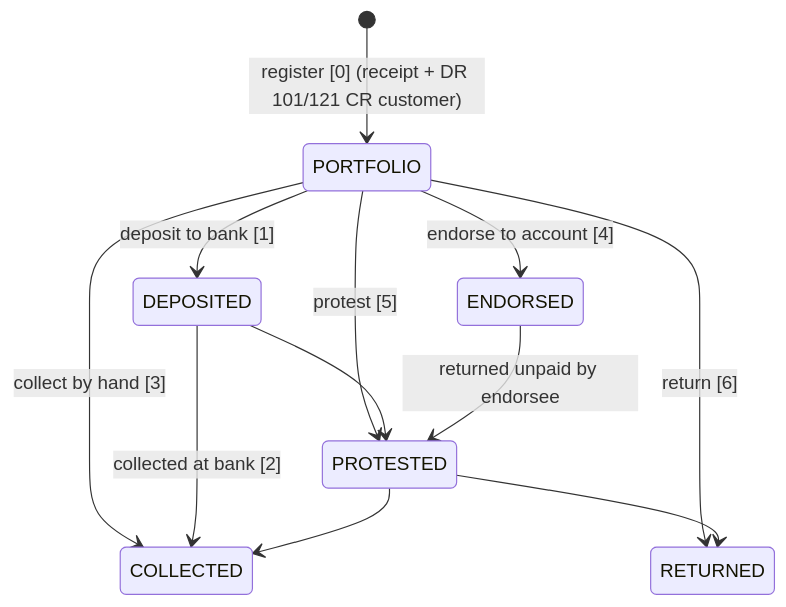
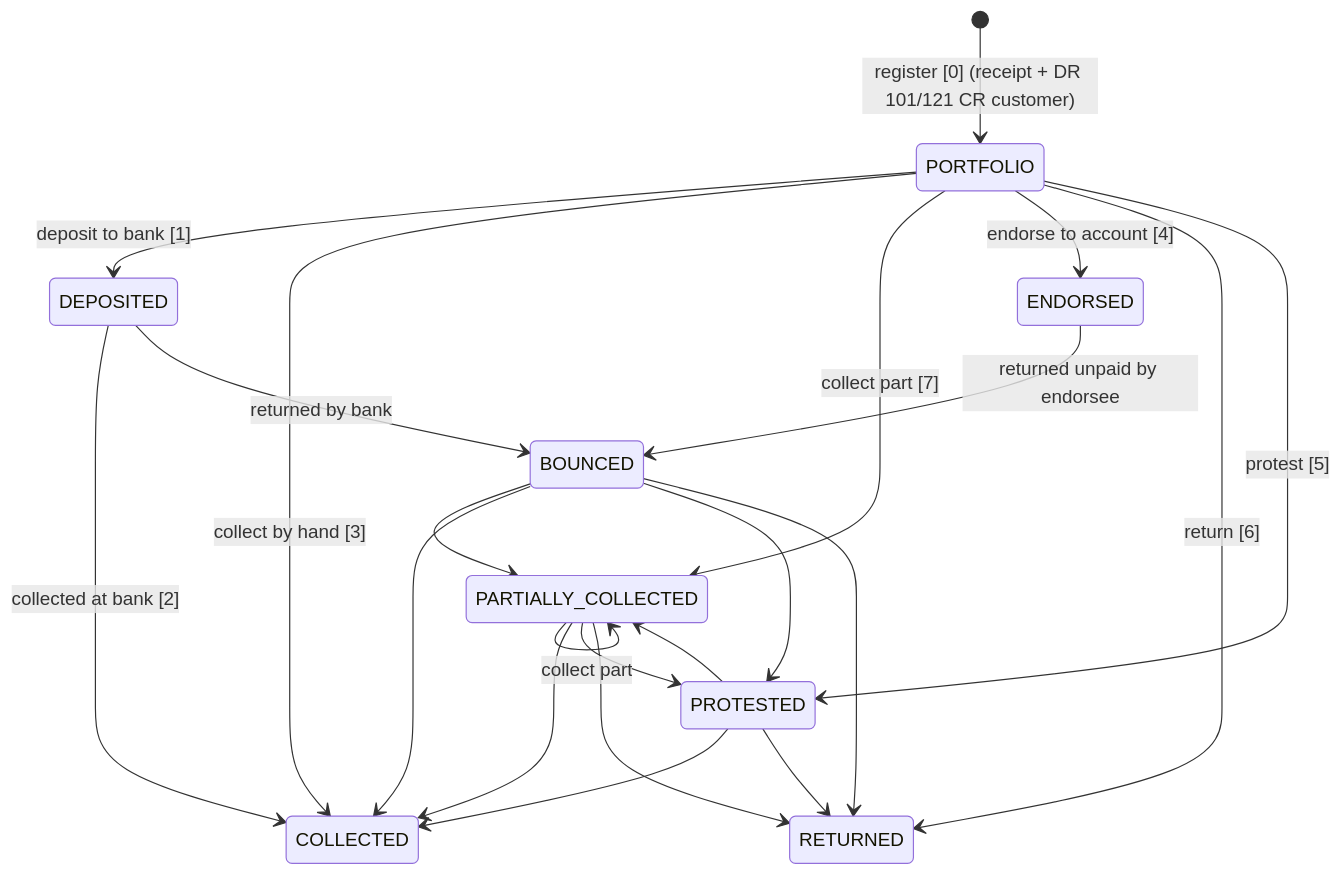
Before and after one commit to fpirim/fikopar: the third of 3 diagrams in docs/domain-model.md, drawn with Mermaid. The commit also changed other lines of this file and 1 other file, not shown here.

````diff
--- a/docs/domain-model.md
+++ b/docs/domain-model.md
@@ -123,14 +139,24 @@
 ```mermaid
 stateDiagram-v2
   [*] --> PORTFOLIO: register [0] (receipt + DR 101/121 CR customer)
   PORTFOLIO --> DEPOSITED: deposit to bank [1]
   PORTFOLIO --> COLLECTED: collect by hand [3]
+  PORTFOLIO --> PARTIALLY_COLLECTED: collect part [7]
   PORTFOLIO --> ENDORSED: endorse to account [4]
   PORTFOLIO --> RETURNED: return [6]
   PORTFOLIO --> PROTESTED: protest [5]
   DEPOSITED --> COLLECTED: collected at bank [2]
-  DEPOSITED --> PROTESTED
-  ENDORSED --> PROTESTED: returned unpaid by endorsee
+  DEPOSITED --> BOUNCED: returned by bank
+  ENDORSED --> BOUNCED: returned unpaid by endorsee
+  PARTIALLY_COLLECTED --> PARTIALLY_COLLECTED: collect part
+  PARTIALLY_COLLECTED --> COLLECTED
+  PARTIALLY_COLLECTED --> PROTESTED
+  PARTIALLY_COLLECTED --> RETURNED
+  BOUNCED --> PARTIALLY_COLLECTED
+  BOUNCED --> COLLECTED
+  BOUNCED --> PROTESTED
+  BOUNCED --> RETURNED
+  PROTESTED --> PARTIALLY_COLLECTED
   PROTESTED --> COLLECTED
   PROTESTED --> RETURNED
 ```
````
